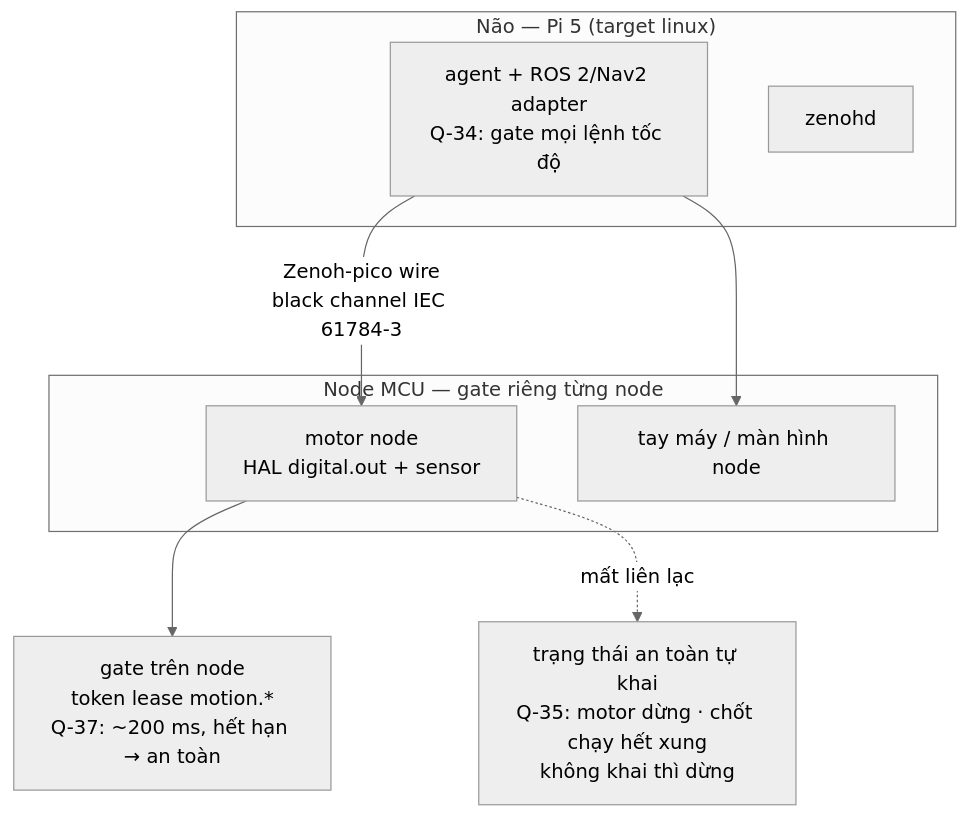
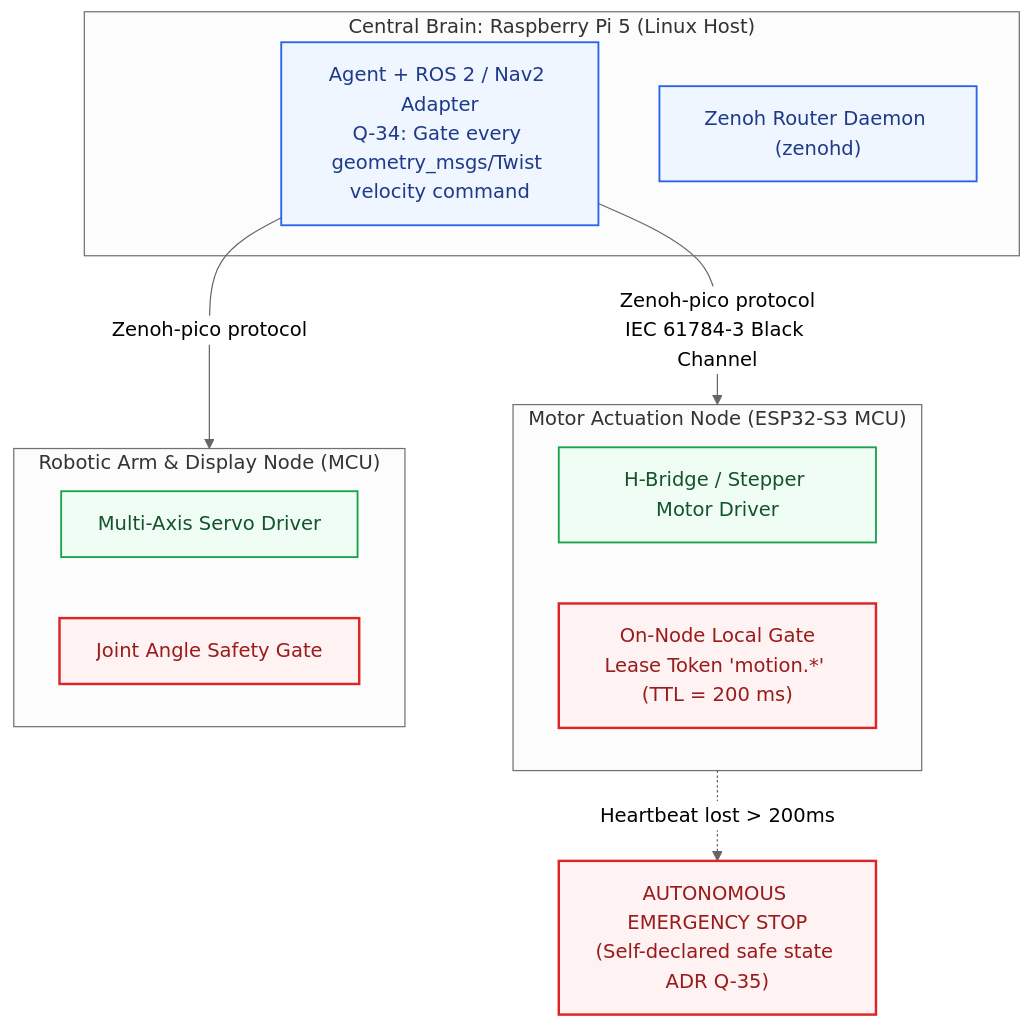
One commit to letrongminh/neuroedge-init changed the fifth of 5 diagrams in docs/architecture/vi/13-evolution-i0-i18.md. Above: the diagram before and after it, drawn with Mermaid (neutral theme). The commit also changed other lines of this file and 35 other files, not shown here.

First line of the commit message:
docs(architecture): comprehensive upgrade of architecture suite, Mermaid diagrams and vector posters

````diff
--- a/docs/architecture/vi/13-evolution-i0-i18.md
+++ b/docs/architecture/vi/13-evolution-i0-i18.md
@@ -112,15 +172,27 @@
 ```mermaid
 flowchart TB
-    subgraph pi["Não — Pi 5 (target linux)"]
-        AG[agent + ROS 2/Nav2 adapter<br/>Q-34: gate mọi lệnh tốc độ]
-        ZH[zenohd]
+    classDef host fill:#eff6ff,stroke:#2563eb,color:#1e3a8a,stroke-width:1.5px;
+    classDef mcu fill:#f0fdf4,stroke:#16a34a,color:#14532d,stroke-width:1.5px;
+    classDef gate fill:#fef2f2,stroke:#dc2626,color:#991b1b,stroke-width:2px;
+    classDef estop fill:#fef2f2,stroke:#dc2626,color:#991b1b,stroke-width:2px;
+
+    subgraph BrainHost["Central Brain: Raspberry Pi 5 (Linux Host)"]
+        AG["Agent + ROS 2 / Nav2 Adapter<br/>Q-34: Gate every geometry_msgs/Twist velocity command"]:::host
+        ZH["Zenoh Router Daemon (zenohd)"]:::host
     end
-    subgraph nodes["Node MCU — gate riêng từng node"]
-        N1[motor node<br/>HAL digital.out + sensor]
-        N2[tay máy / màn hình node]
+
+    subgraph MotorNode["Motor Actuation Node (ESP32-S3 MCU)"]
+        N1_HAL["H-Bridge / Stepper Motor Driver"]:::mcu
+        N1_GATE["On-Node Local Gate<br/>Lease Token 'motion.*' (TTL = 200 ms)"]:::gate
     end
-    AG -->|Zenoh-pico wire<br/>black channel IEC 61784-3| N1
-    AG --> N2
-    N1 --> GS[gate trên node<br/>token lease motion.*<br/>Q-37: ~200 ms, hết hạn → an toàn]
-    N1 -.->|mất liên lạc| SS[trạng thái an toàn tự khai<br/>Q-35: motor dừng · chốt chạy hết xung<br/>không khai thì dừng]
+
+    subgraph ManipulatorNode["Robotic Arm &amp; Display Node (MCU)"]
+        N2_HAL["Multi-Axis Servo Driver"]:::mcu
+        N2_GATE["Joint Angle Safety Gate"]:::gate
+    end
+
+    AG -->|Zenoh-pico protocol<br/>IEC 61784-3 Black Channel| MotorNode
+    AG -->|Zenoh-pico protocol| ManipulatorNode
+    
+    MotorNode -.->|Heartbeat lost > 200ms| E_STOP["AUTONOMOUS EMERGENCY STOP<br/>(Self-declared safe state ADR Q-35)"]:::estop
 ```
````
